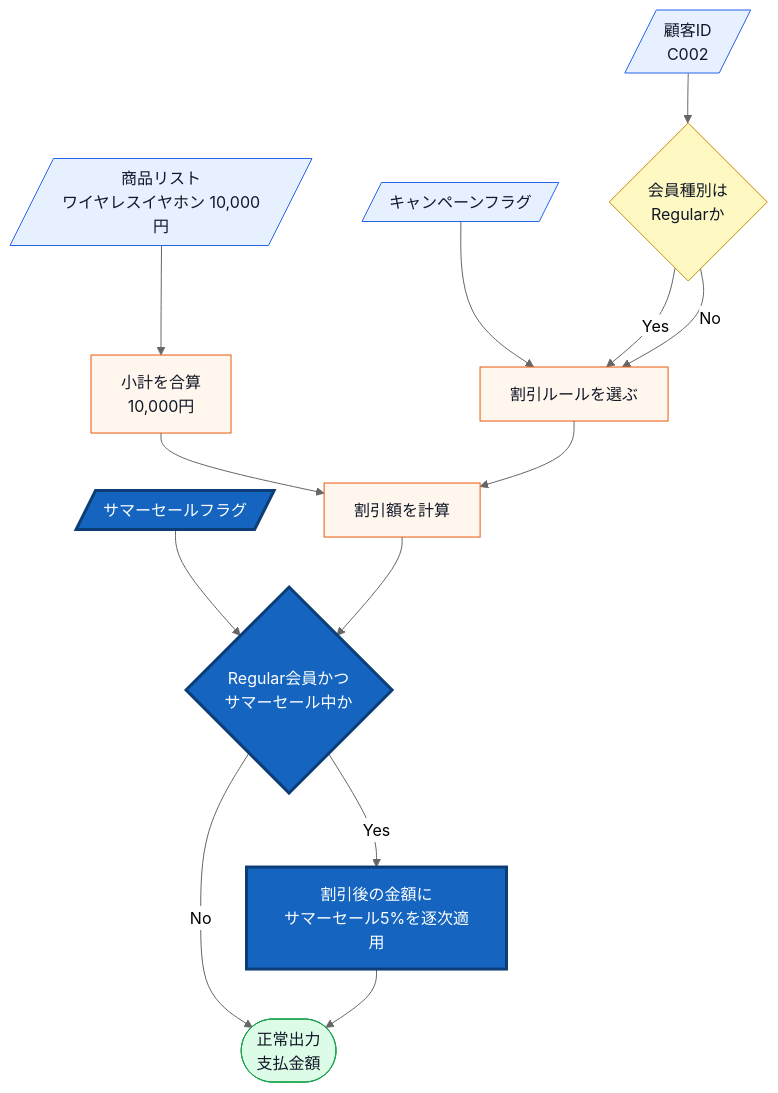
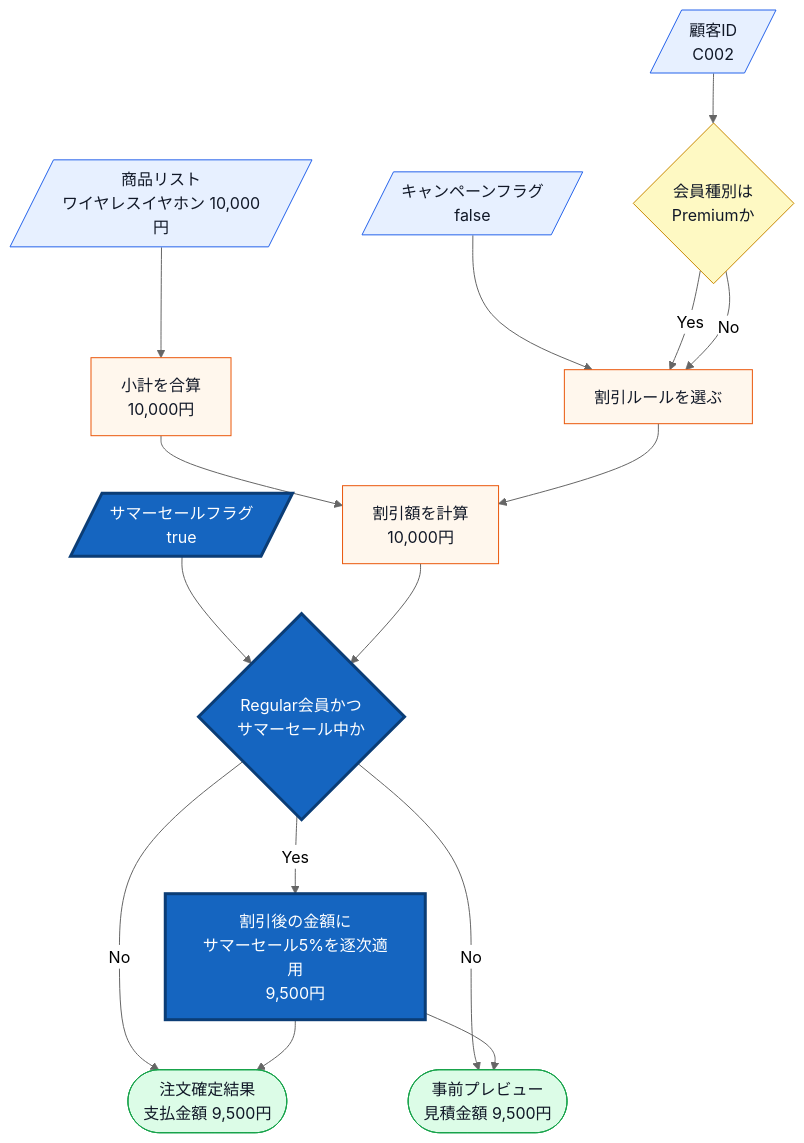
Before and after one commit to kumachan1101-pixel/DesignPattern: the fifth of 14 diagrams in kindle/design-patterns/books/volume01-core-patterns/output/03-chapter01.md, drawn with Mermaid (neutral theme). The commit also changed other lines of this file and 4 other files, not shown here.

First line of the commit message:
本文の数え・抜粋・図を、掲載コードと一致させる

````diff
--- a/kindle/design-patterns/books/volume01-core-patterns/output/03-chapter01.md
+++ b/kindle/design-patterns/books/volume01-core-patterns/output/03-chapter01.md
@@ -951,22 +951,24 @@
 ```mermaid
 flowchart TB
     A[/商品リスト<br>ワイヤレスイヤホン 10,000円/]:::input --> G[小計を合算<br>10,000円]:::process
-    C[/顧客ID<br>C002/]:::input --> D{会員種別は<br>Regularか}:::decision
-    E[/キャンペーンフラグ/]:::input --> H[割引ルールを選ぶ]:::process
-    S[/サマーセールフラグ/]:::input --> T{Regular会員かつ<br>サマーセール中か}:::decision
+    C[/顧客ID<br>C002/]:::input --> D{会員種別は<br>Premiumか}:::decision
+    E[/キャンペーンフラグ<br>false/]:::input --> H[割引ルールを選ぶ]:::process
+    S[/サマーセールフラグ<br>true/]:::input --> T{Regular会員かつ<br>サマーセール中か}:::decision
     D -->|Yes| H
     D -->|No| H
-    G --> I[割引額を計算]:::process
+    G --> I[割引額を計算<br>10,000円]:::process
     H --> I
     I --> T
-    T -->|Yes| U[割引後の金額に<br>サマーセール5%を逐次適用]:::process
-    T -->|No| J([正常出力<br>支払金額]):::normal
+    T -->|Yes| U[割引後の金額に<br>サマーセール5%を逐次適用<br>9,500円]:::process
+    T -->|No| J([注文確定結果<br>支払金額 9,500円]):::normal
+    T -->|No| K([事前プレビュー<br>見積金額 9,500円]):::normal
     U --> J
+    U --> K
 
     classDef input fill:#e7f0ff,stroke:#2563eb,color:#111827;
     classDef process fill:#fff7ed,stroke:#ea580c,color:#111827;
     classDef decision fill:#fef9c3,stroke:#ca8a04,color:#111827;
     classDef normal fill:#dcfce7,stroke:#16a34a,color:#111827;
     class S,T,U added;
     classDef added fill:#1565c0,stroke:#0b3d76,stroke-width:3px,color:#ffffff;
 ```
````
